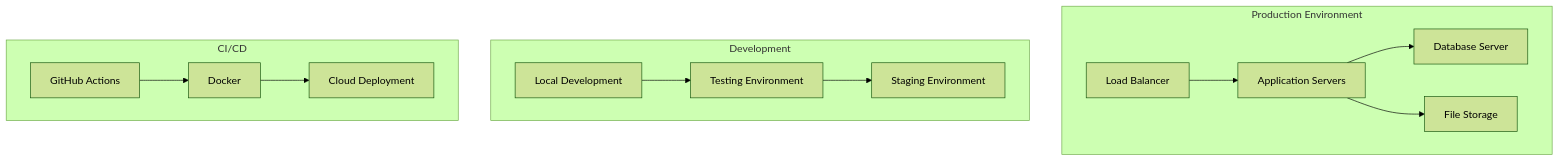
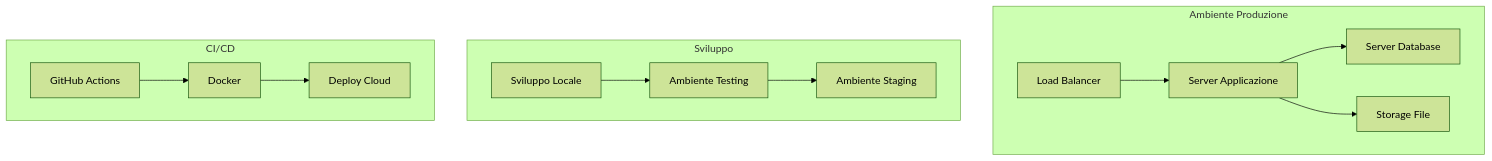
The ninth of 11 diagrams in ValutAI Tech Summary.md (rosariomoscato/ValutAI), drawn with Mermaid (forest theme) before and after one commit. The commit also changed other lines of this file and 3 other files, not shown here.

````diff
--- a/ValutAI Tech Summary.md
+++ b/ValutAI Tech Summary.md
@@ -503,26 +503,26 @@
 ```mermaid
 graph TD
-    subgraph "Production Environment"
+    subgraph "Ambiente Produzione"
         A[Load Balancer]
-        B[Application Servers]
-        C[Database Server]
-        D[File Storage]
+        B[Server Applicazione]
+        C[Server Database]
+        D[Storage File]
     end
     
-    subgraph "Development"
-        E[Local Development]
-        F[Testing Environment]
-        G[Staging Environment]
+    subgraph "Sviluppo"
+        E[Sviluppo Locale]
+        F[Ambiente Testing]
+        G[Ambiente Staging]
     end
     
     subgraph "CI/CD"
         H[GitHub Actions]
         I[Docker]
-        J[Cloud Deployment]
+        J[Deploy Cloud]
     end
     
     A --> B --> C
     B --> D
     E --> F --> G
     H --> I --> J
 ```
````
